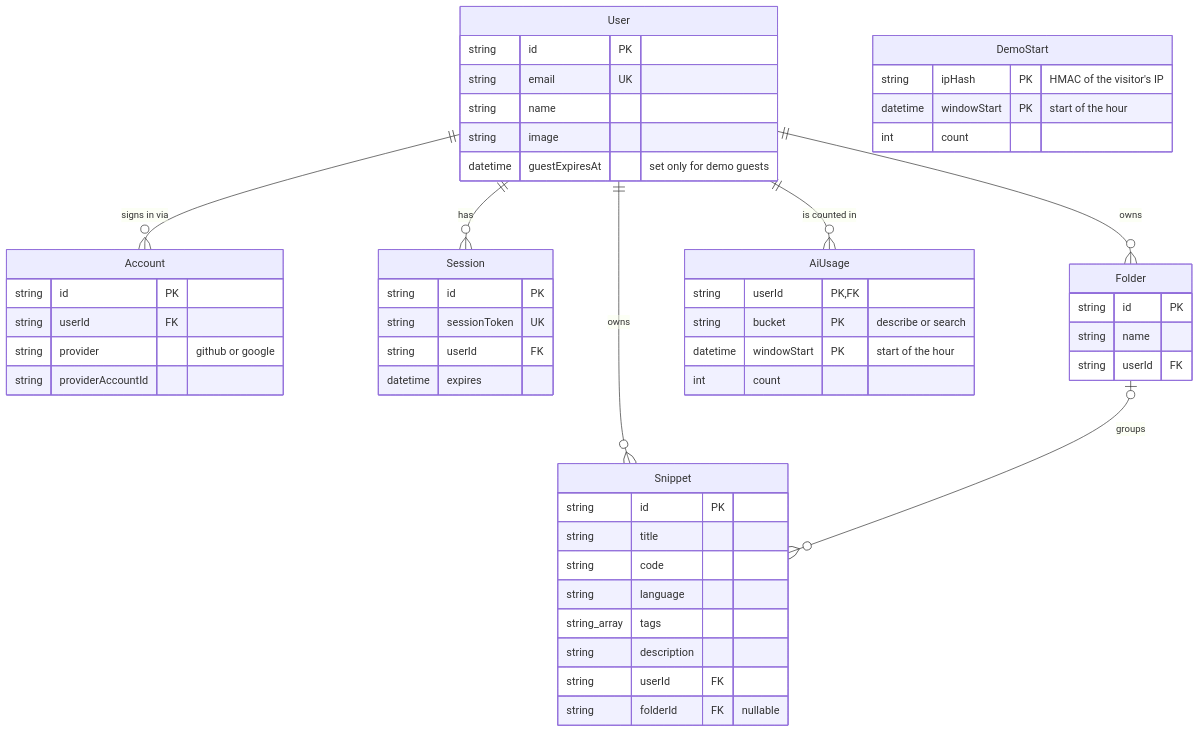
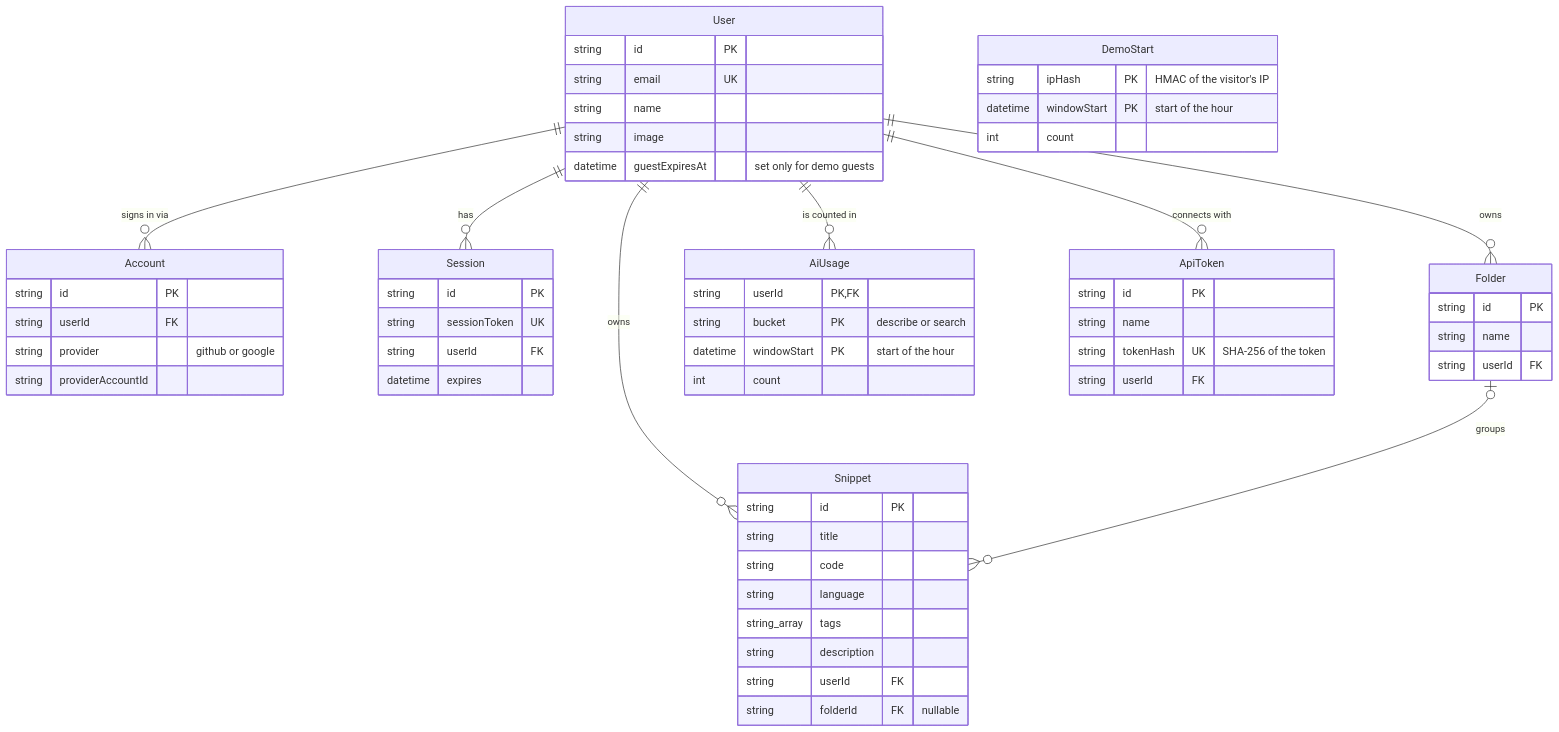
Before and after one commit to RyanDanielWalker/snippr: the third of 4 diagrams in docs/ARCHITECTURE.md, drawn with Mermaid. The commit also changed other lines of this file and 3 other files, not shown here.

First line of the commit message:
docs: describe the MCP server and tick off the roadmap item

````diff
--- a/docs/ARCHITECTURE.md
+++ b/docs/ARCHITECTURE.md
@@ -117,55 +123,62 @@
 ```mermaid
 erDiagram
     User ||--o{ Account : "signs in via"
     User ||--o{ Session : "has"
     User ||--o{ Snippet : "owns"
     User ||--o{ Folder : "owns"
     User ||--o{ AiUsage : "is counted in"
+    User ||--o{ ApiToken : "connects with"
     Folder |o--o{ Snippet : "groups"
 
     User {
         string id PK
         string email UK
         string name
         string image
         datetime guestExpiresAt "set only for demo guests"
     }
     DemoStart {
         string ipHash PK "HMAC of the visitor's IP"
         datetime windowStart PK "start of the hour"
         int count
     }
     Account {
         string id PK
         string userId FK
         string provider "github or google"
         string providerAccountId
     }
     Session {
         string id PK
         string sessionToken UK
         string userId FK
         datetime expires
     }
     Folder {
         string id PK
         string name
         string userId FK
     }
+    ApiToken {
+        string id PK
+        string name
+        string tokenHash UK "SHA-256 of the token"
+        string userId FK
+    }
     AiUsage {
         string userId PK, FK
         string bucket PK "describe or search"
         datetime windowStart PK "start of the hour"
         int count
     }
     Snippet {
         string id PK
         string title
         string code
         string language
         string_array tags
         string description
         string userId FK
         string folderId FK "nullable"
     }
 ```
````
